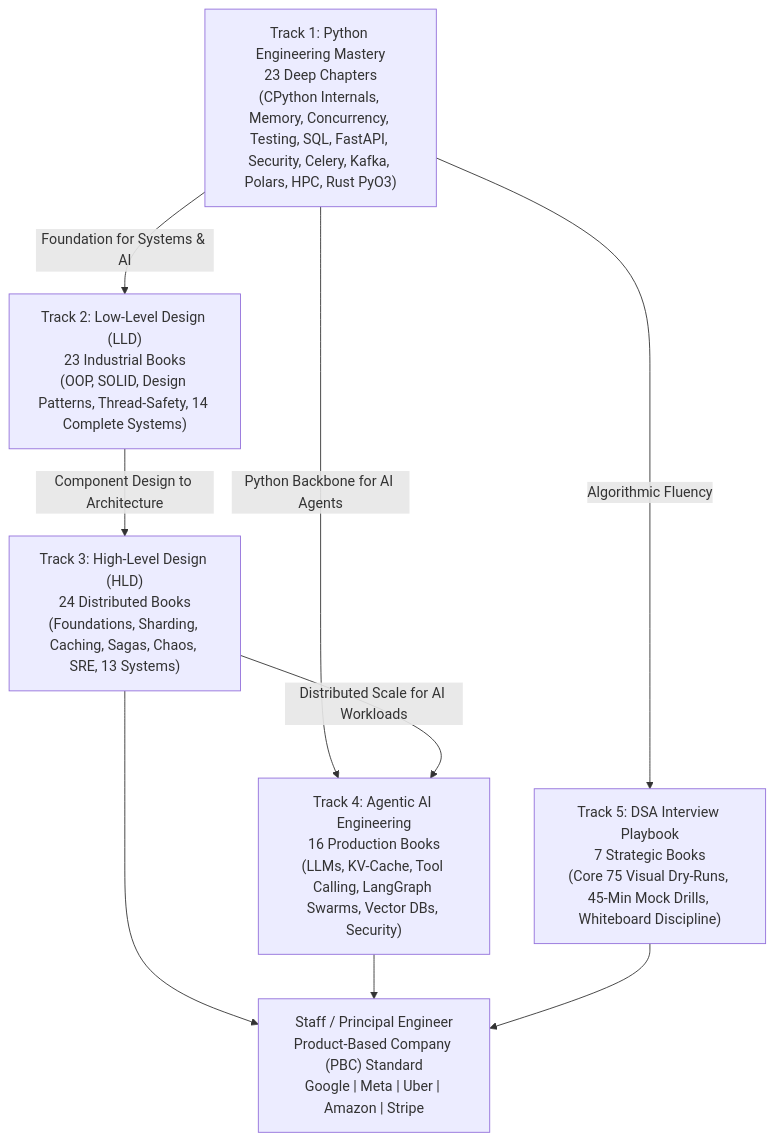
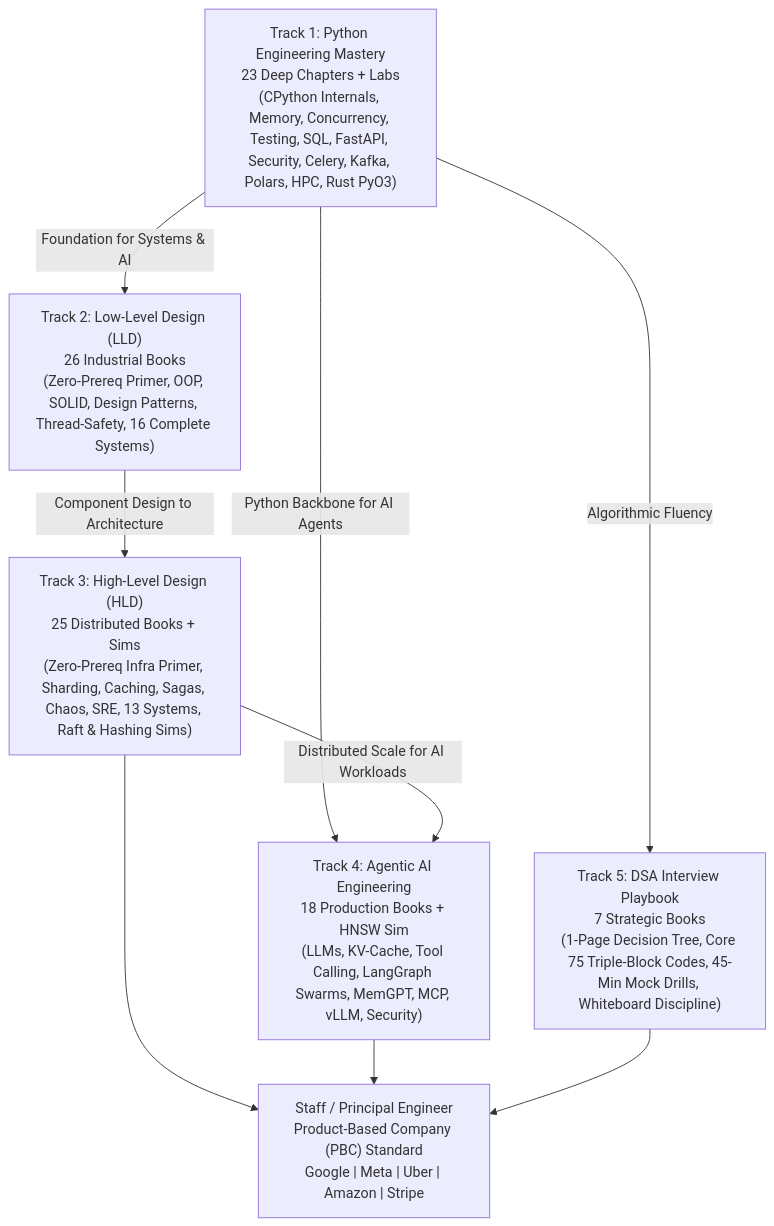
One commit to reddykarthikeya1/AI-Systems-Mastery changed the diagram in README.md. Above: the diagram before and after it, drawn with Mermaid. The commit also changed other lines of this file and 124 other files, not shown here.

Commit message:
feat(curriculum): elevate all 5 tracks to 10/10 with zero-prereq primers, new systems, distributed simulations, and 100 HTML books

````diff
--- a/README.md
+++ b/README.md
@@ -27,20 +25,20 @@
 ```mermaid
 flowchart TD
-    T1["Track 1: Python Engineering Mastery<br/>23 Deep Chapters<br/>(CPython Internals, Memory, Concurrency, Testing, SQL, FastAPI, Security, Celery, Kafka, Polars, HPC, Rust PyO3)"]
-    T2["Track 2: Low-Level Design (LLD)<br/>23 Industrial Books<br/>(OOP, SOLID, Design Patterns, Thread-Safety, 14 Complete Systems)"]
-    T3["Track 3: High-Level Design (HLD)<br/>24 Distributed Books<br/>(Foundations, Sharding, Caching, Sagas, Chaos, SRE, 13 Systems)"]
-    T4["Track 4: Agentic AI Engineering<br/>16 Production Books<br/>(LLMs, KV-Cache, Tool Calling, LangGraph Swarms, Vector DBs, Security)"]
-    T5["Track 5: DSA Interview Playbook<br/>7 Strategic Books<br/>(Core 75 Visual Dry-Runs, 45-Min Mock Drills, Whiteboard Discipline)"]
+    T1["Track 1: Python Engineering Mastery<br/>23 Deep Chapters + Labs<br/>(CPython Internals, Memory, Concurrency, Testing, SQL, FastAPI, Security, Celery, Kafka, Polars, HPC, Rust PyO3)"]
+    T2["Track 2: Low-Level Design (LLD)<br/>26 Industrial Books<br/>(Zero-Prereq Primer, OOP, SOLID, Design Patterns, Thread-Safety, 16 Complete Systems)"]
+    T3["Track 3: High-Level Design (HLD)<br/>25 Distributed Books + Sims<br/>(Zero-Prereq Infra Primer, Sharding, Caching, Sagas, Chaos, SRE, 13 Systems, Raft & Hashing Sims)"]
+    T4["Track 4: Agentic AI Engineering<br/>18 Production Books + HNSW Sim<br/>(LLMs, KV-Cache, Tool Calling, LangGraph Swarms, MemGPT, MCP, vLLM, Security)"]
+    T5["Track 5: DSA Interview Playbook<br/>7 Strategic Books<br/>(1-Page Decision Tree, Core 75 Triple-Block Codes, 45-Min Mock Drills, Whiteboard Discipline)"]
 
     PBC["Staff / Principal Engineer<br/>Product-Based Company (PBC) Standard<br/>Google | Meta | Uber | Amazon | Stripe"]
 
     T1 -->|Foundation for Systems & AI| T2
     T2 -->|Component Design to Architecture| T3
     T1 -->|Python Backbone for AI Agents| T4
     T3 -->|Distributed Scale for AI Workloads| T4
     T1 -->|Algorithmic Fluency| T5
     
     T3 --> PBC
     T4 --> PBC
     T5 --> PBC
 ```
````
